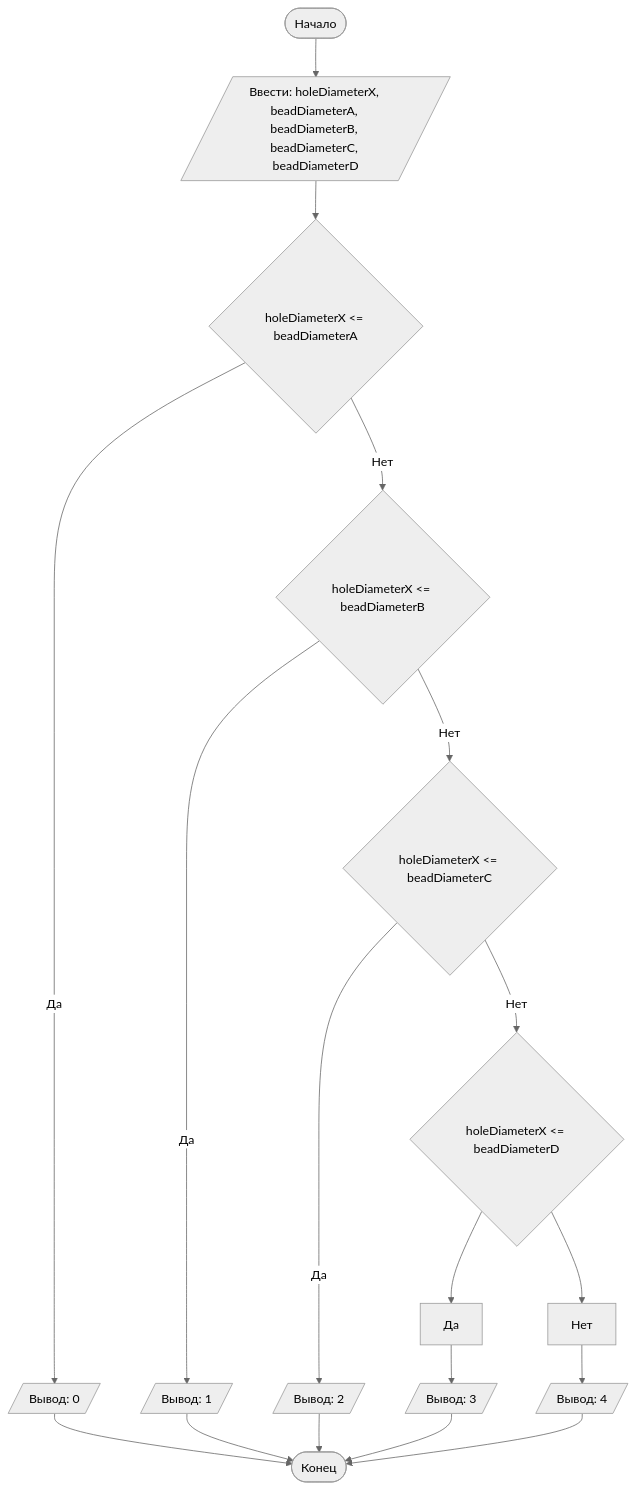
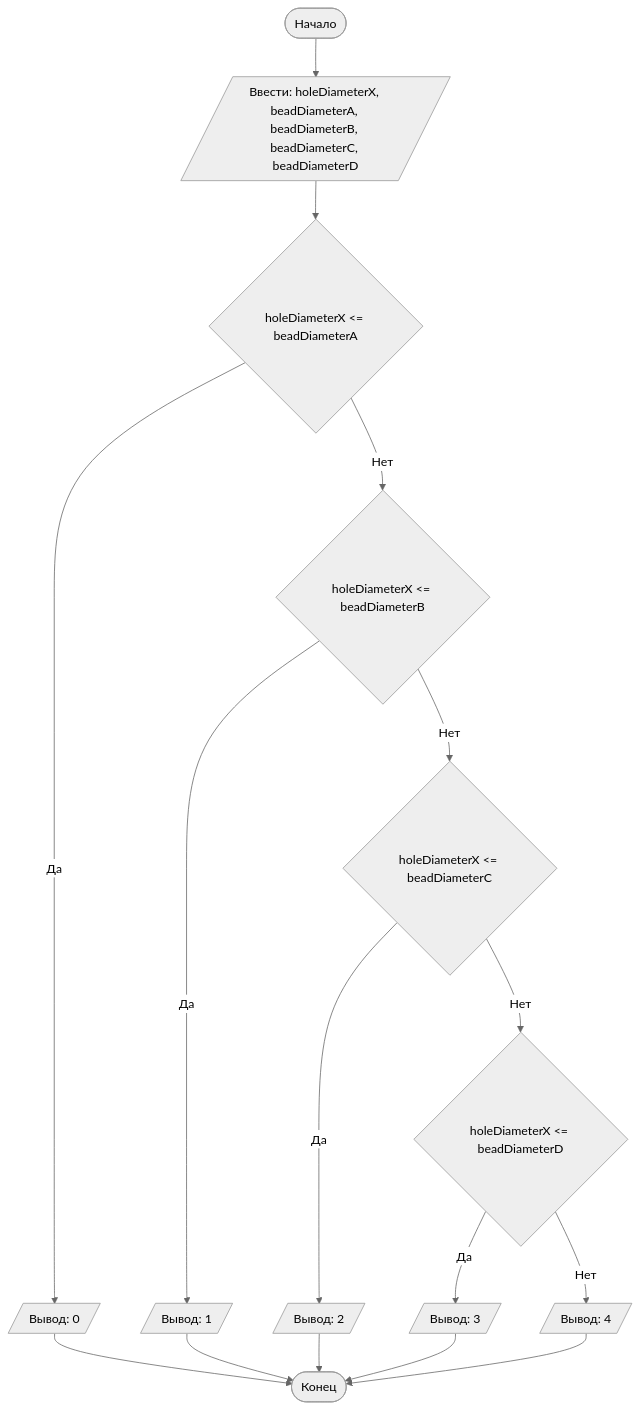
The diagram in README.md (dnkvskya/LABWORK-1), drawn with Mermaid (neutral theme) before and after one commit. The commit also changed other lines of this file, not shown here.

````diff
--- a/README.md
+++ b/README.md
@@ -90,19 +85,19 @@
 ```mermaid
 graph TD
     A([Начало]) --> B[/Ввести: holeDiameterX, beadDiameterA, beadDiameterB, beadDiameterC, beadDiameterD/]
     B --> C{holeDiameterX <= beadDiameterA}
     C -- Да --> D[/Вывод: 0/]
     C -- Нет --> I{holeDiameterX <= beadDiameterB}
     I -- Да --> J[/Вывод: 1/]
     I -- Нет --> F{holeDiameterX <= beadDiameterC}
     F -- Да --> K[/Вывод: 2/]
     F -- Нет --> H{holeDiameterX <= beadDiameterD}
-    H --> Да --> L[/Вывод: 3/]
-    H --> Нет --> M[/Вывод: 4/]
+    H -- Да --> L[/Вывод: 3/]
+    H -- Нет --> M[/Вывод: 4/]
     D --> Z
     J --> Z
     K --> Z
     L --> Z
     M --> Z([Конец])
 
 ```
````
